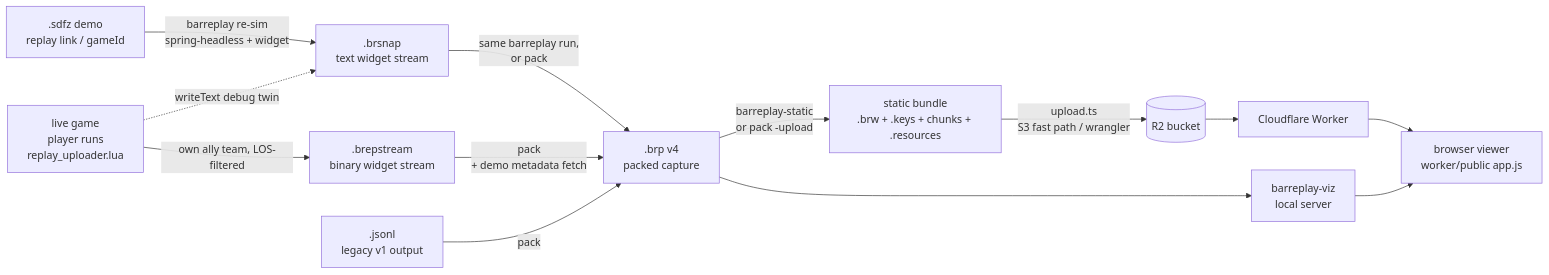
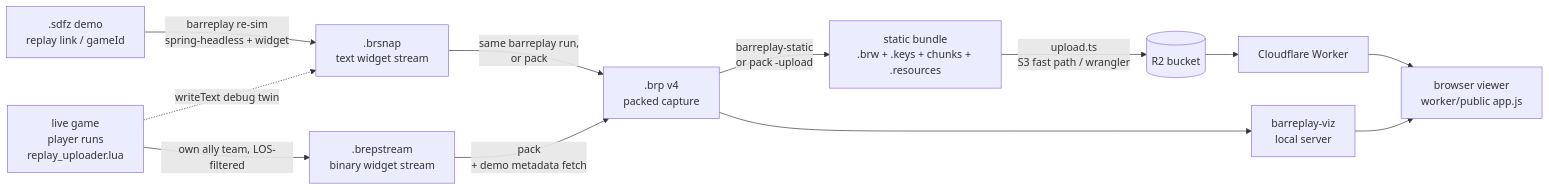
The diagram in README.md (mabn/barreplay), drawn with Mermaid before and after one commit. The commit also changed other lines of this file and 11 other files, not shown here.

````diff
--- a/README.md
+++ b/README.md
@@ -35,25 +35,23 @@
 ```mermaid
 flowchart LR
     sdfz[".sdfz demo<br/>replay link / gameId"]
     live["live game<br/>player runs<br/>replay_uploader.lua"]
     brsnap[".brsnap<br/>text widget stream"]
     breps[".brepstream<br/>binary widget stream"]
-    jsonl[".jsonl<br/>legacy v1 output"]
     brp[".brp v4<br/>packed capture"]
     bundle["static bundle<br/>.brw + .keys + chunks + .resources"]
     r2[("R2 bucket")]
     viz["barreplay-viz<br/>local server"]
     worker["Cloudflare Worker"]
     viewer["browser viewer<br/>worker/public app.js"]
 
     sdfz -->|"barreplay re-sim<br/>spring-headless + widget"| brsnap
     live -->|"own ally team, LOS-filtered"| breps
     live -.->|"writeText debug twin"| brsnap
     brsnap -->|"same barreplay run,<br/>or pack"| brp
     breps -->|"pack<br/>+ demo metadata fetch"| brp
-    jsonl -->|"pack"| brp
     brp -->|"barreplay-static<br/>or pack -upload"| bundle
     bundle -->|"upload.ts<br/>S3 fast path / wrangler"| r2
     r2 --> worker --> viewer
     brp --> viz --> viewer
 ```
````
